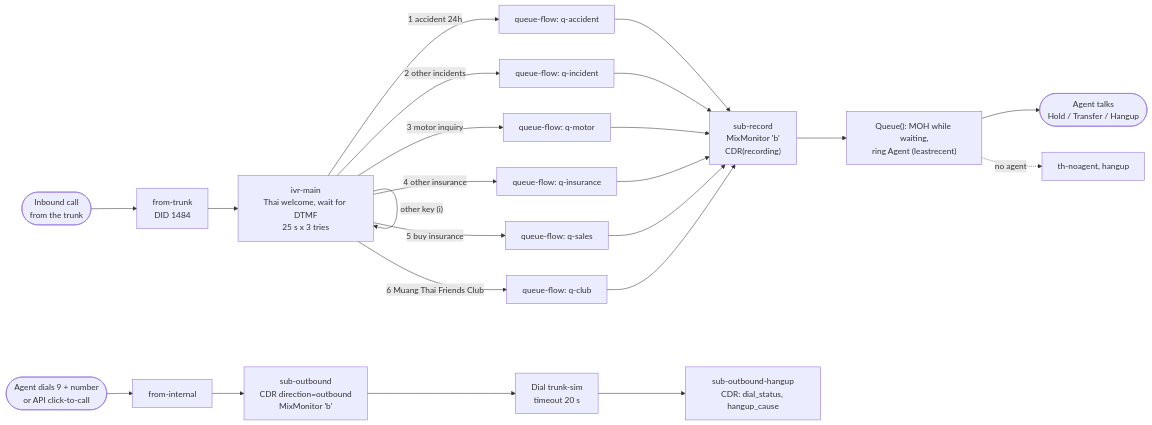
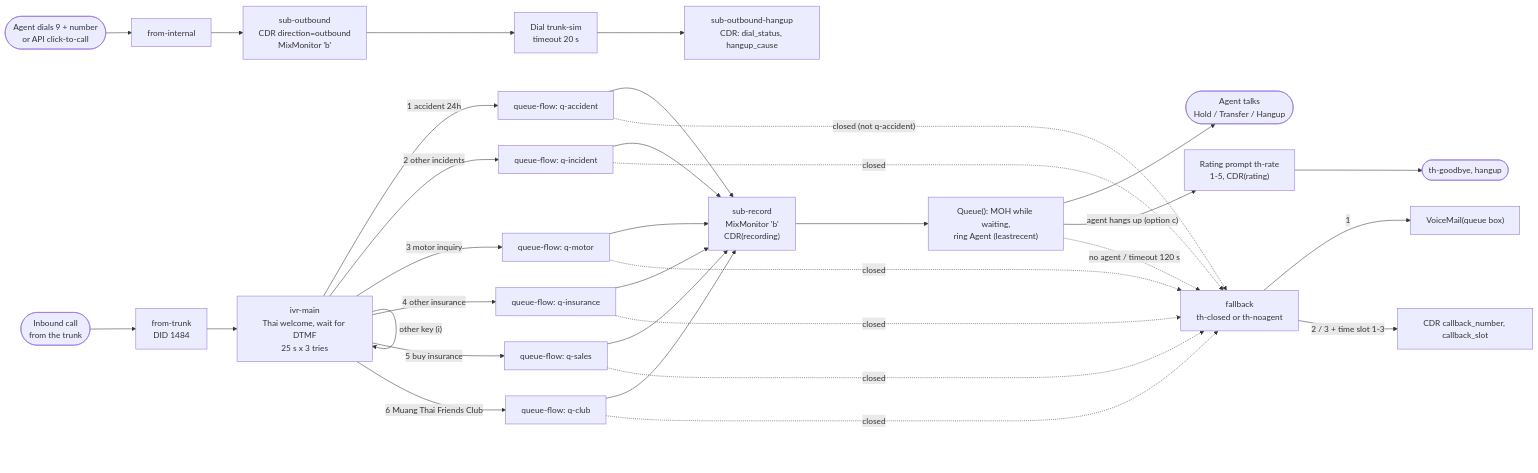
The second of 11 diagrams in docs/ARCHITECTURE.md (McDonan/asterisk-poc), drawn with Mermaid before and after one commit. The commit also changed other lines of this file and 2 other files, not shown here.

Commit message:
feat: Update architecture documentation to include fallback options and agent rating details

````diff
--- a/docs/ARCHITECTURE.md
+++ b/docs/ARCHITECTURE.md
@@ -53,27 +53,37 @@
 ```mermaid
 flowchart LR
     IN(["Inbound call<br/>from the trunk"]) --> FT["from-trunk<br/>DID 1484"]
     FT --> IVR["ivr-main<br/>Thai welcome, wait for DTMF<br/>25 s x 3 tries"]
     IVR -- "1 accident 24h" --> Q1["queue-flow: q-accident"]
     IVR -- "2 other incidents" --> Q2["queue-flow: q-incident"]
     IVR -- "3 motor inquiry" --> Q3["queue-flow: q-motor"]
     IVR -- "4 other insurance" --> Q4["queue-flow: q-insurance"]
     IVR -- "5 buy insurance" --> Q5["queue-flow: q-sales"]
     IVR -- "6 Muang Thai Friends Club" --> Q6["queue-flow: q-club"]
     IVR -- "9" --> IVR
     IVR -- "other key (i)" --> IVR
     Q1 --> REC["sub-record<br/>MixMonitor 'b'<br/>CDR(recording)"]
     Q2 --> REC
     Q3 --> REC
     Q4 --> REC
     Q5 --> REC
     Q6 --> REC
     REC --> AG["Queue(): MOH while waiting,<br/>ring Agent (leastrecent)"]
     AG --> TALK(["Agent talks<br/>Hold / Transfer / Hangup"])
-    AG -. "no agent" .-> NOAG["th-noagent, hangup"]
+    AG -- "agent hangs up (option c)" --> RATE["Rating prompt th-rate<br/>1-5, CDR(rating)"]
+    RATE --> BYE(["th-goodbye, hangup"])
+    Q1 -. "closed (not q-accident)" .-> FB
+    Q2 -. "closed" .-> FB
+    Q3 -. "closed" .-> FB
+    Q4 -. "closed" .-> FB
+    Q5 -. "closed" .-> FB
+    Q6 -. "closed" .-> FB
+    AG -. "no agent / timeout 120 s" .-> FB["fallback<br/>th-closed or th-noagent"]
+    FB -- "1" --> VM["VoiceMail(queue box)"]
+    FB -- "2 / 3 + time slot 1-3" --> CB["CDR callback_number, callback_slot"]
 
     OUT(["Agent dials 9 + number<br/>or API click-to-call"]) --> FI["from-internal"]
     FI --> SO["sub-outbound<br/>CDR direction=outbound<br/>MixMonitor 'b'"]
     SO --> TR["Dial trunk-sim<br/>timeout 20 s"]
     TR --> HH["sub-outbound-hangup<br/>CDR: dial_status, hangup_cause"]
 ```
````
